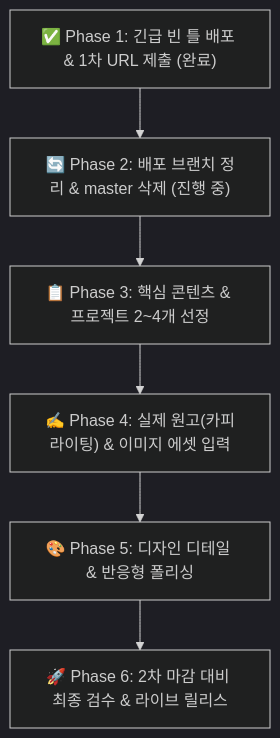
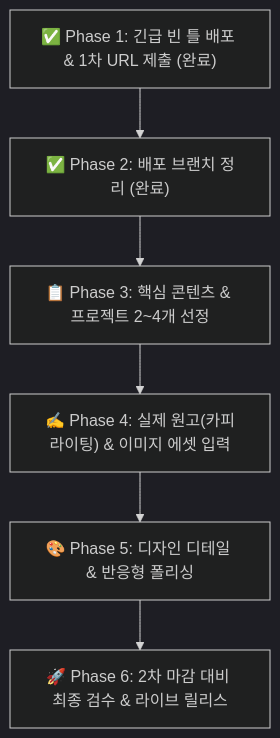
Before and after one commit to tryfasting/tryfasting.github.io: the diagram in planning/WALKTHROUGH_PLAN.md, drawn with Mermaid (dark theme). The commit also changed other lines of this file and 27 other files, not shown here.

````diff
--- a/planning/WALKTHROUGH_PLAN.md
+++ b/planning/WALKTHROUGH_PLAN.md
@@ -10,8 +16,8 @@
 ```mermaid
 graph TD
-  P1["✅ Phase 1: 긴급 빈 틀 배포 & 1차 URL 제출 (완료)"] --> P2["🔄 Phase 2: 배포 브랜치 정리 & master 삭제 (진행 중)"]
+  P1["✅ Phase 1: 긴급 빈 틀 배포 & 1차 URL 제출 (완료)"] --> P2["✅ Phase 2: 배포 브랜치 정리 (완료)"]
   P2 --> P3["📋 Phase 3: 핵심 콘텐츠 & 프로젝트 2~4개 선정"]
   P3 --> P4["✍️ Phase 4: 실제 원고(카피라이팅) & 이미지 에셋 입력"]
   P4 --> P5["🎨 Phase 5: 디자인 디테일 & 반응형 폴리싱"]
   P5 --> P6["🚀 Phase 6: 2차 마감 대비 최종 검수 & 라이브 릴리스"]
 ```
````
